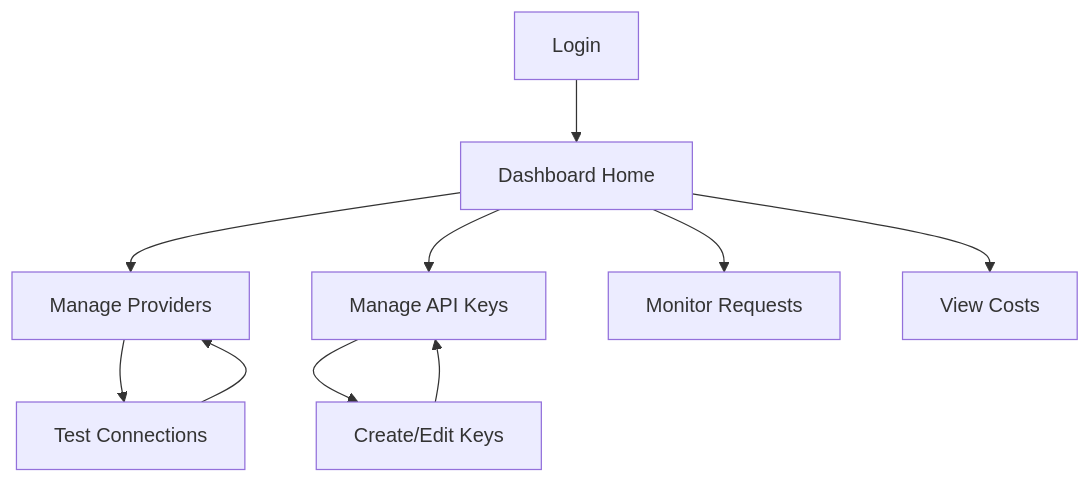
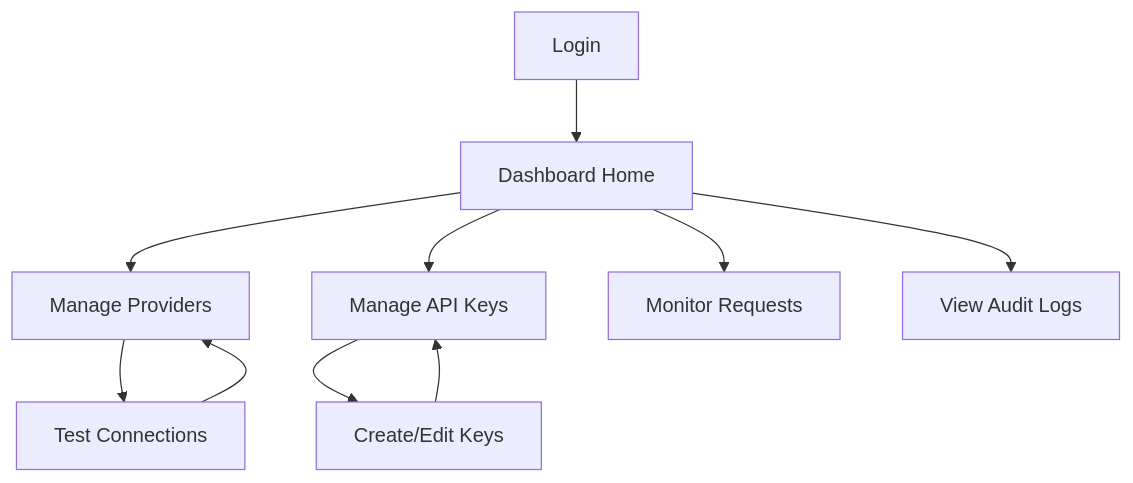
Before and after one commit to 366522695qqcom/silver-telegram: the diagram in .trae/documents/prd.md, drawn with Mermaid. The commit also changed other lines of this file and 1 other file, not shown here.

````diff
--- a/.trae/documents/prd.md
+++ b/.trae/documents/prd.md
@@ -43,12 +43,12 @@
 ```mermaid
 flowchart TD
     A[Login] --> B[Dashboard Home]
     B --> C[Manage Providers]
     B --> D[Manage API Keys]
     B --> E[Monitor Requests]
-    B --> F[View Costs]
+    B --> F[View Audit Logs]
     C --> G[Test Connections]
     G --> C
     D --> H[Create/Edit Keys]
     H --> D
 ```
````
